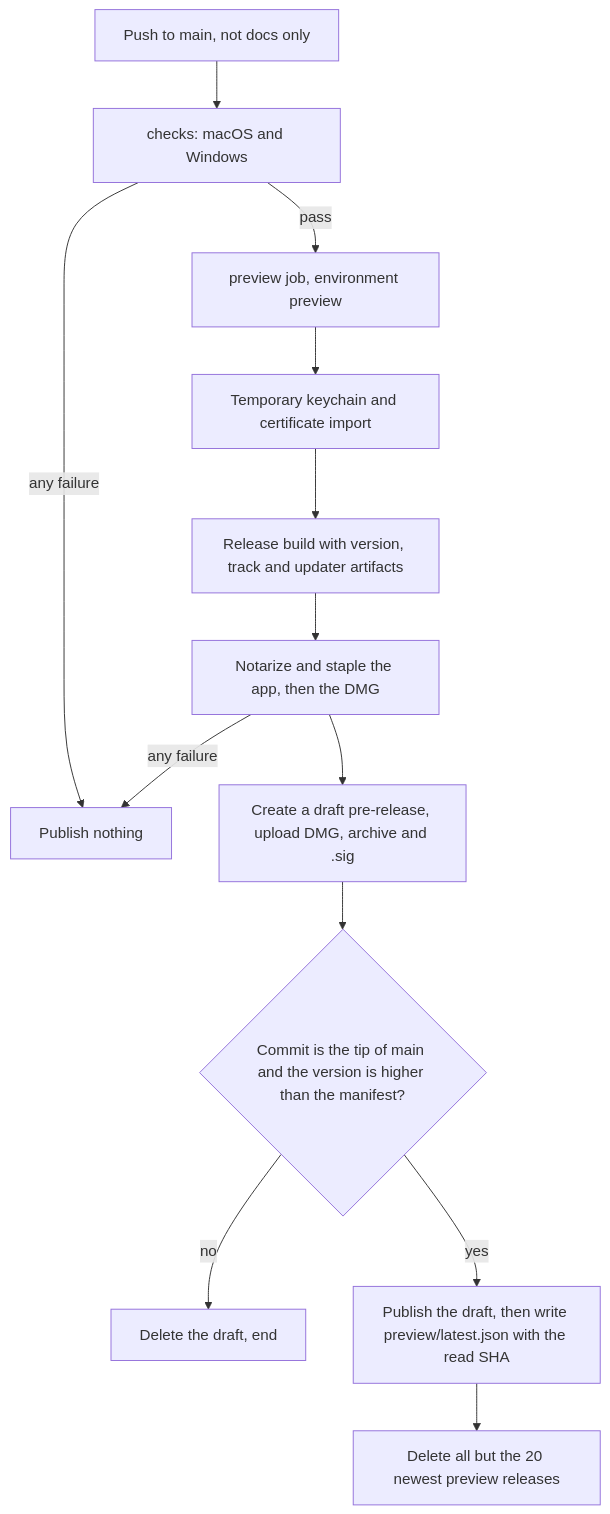
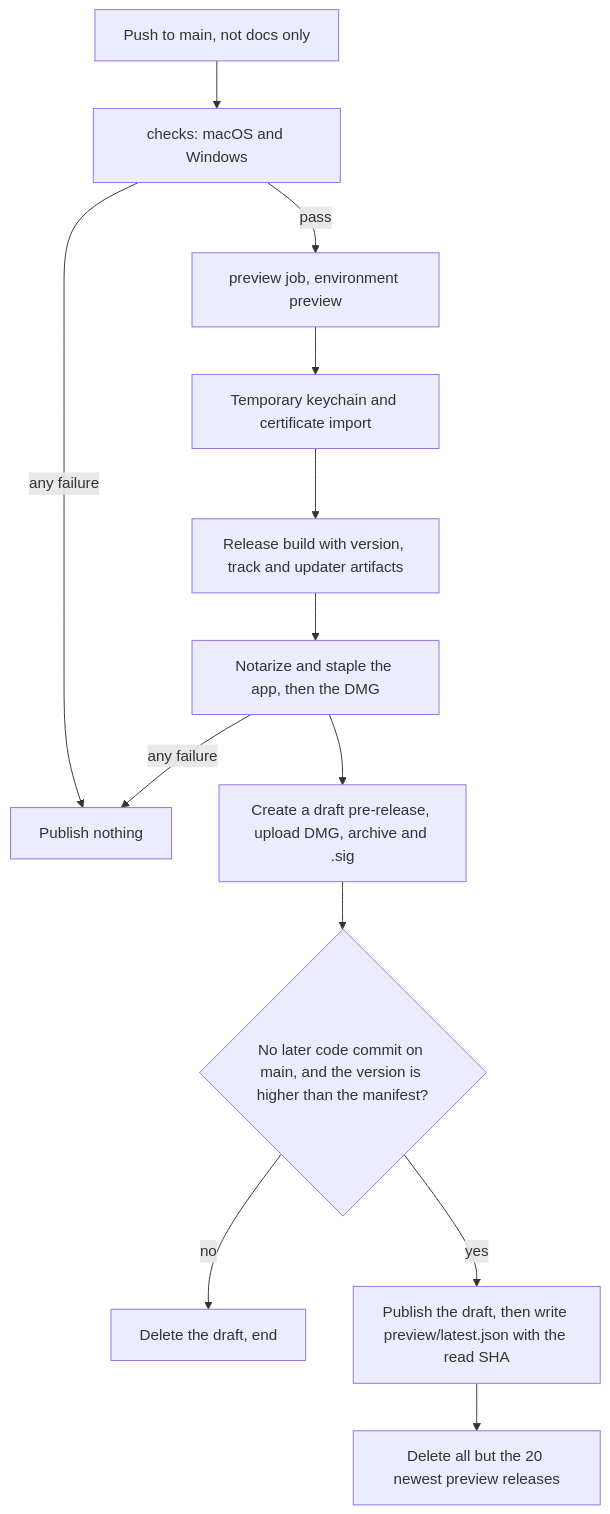
One commit to twistymaze/longhand changed the second of 2 diagrams in docs/plans/2026-09-28-1240-feat-preview-builds-and-updates-plan.md. Above: the diagram before and after it, drawn with Mermaid. The commit also changed other lines of this file, not shown here.

````diff
--- a/docs/plans/2026-09-28-1240-feat-preview-builds-and-updates-plan.md
+++ b/docs/plans/2026-09-28-1240-feat-preview-builds-and-updates-plan.md
@@ -214,15 +214,15 @@
 ```mermaid
 flowchart TB
   A[Push to main, not docs only] --> B[checks: macOS and Windows]
   B -->|any failure| X[Publish nothing]
   B -->|pass| C[preview job, environment preview]
   C --> D[Temporary keychain and certificate import]
   D --> E[Release build with version, track and updater artifacts]
   E --> F[Notarize and staple the app, then the DMG]
   F -->|any failure| X
   F --> G[Create a draft pre-release, upload DMG, archive and .sig]
-  G --> H{Commit is the tip of main and the version is higher than the manifest?}
+  G --> H{No later code commit on main, and the version is higher than the manifest?}
   H -->|no| I[Delete the draft, end]
   H -->|yes| J[Publish the draft, then write preview/latest.json with the read SHA]
   J --> K[Delete all but the 20 newest preview releases]
 ```
````
